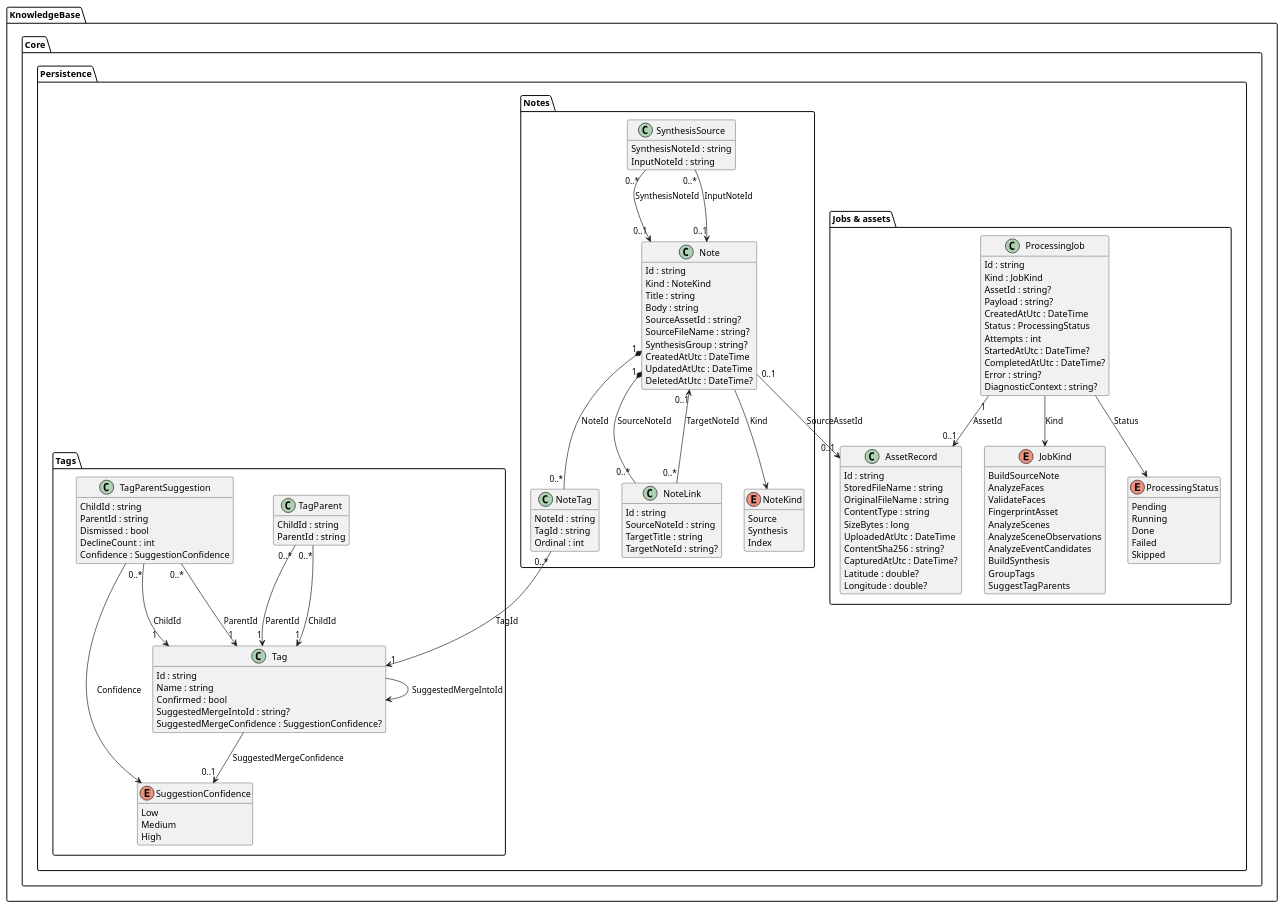
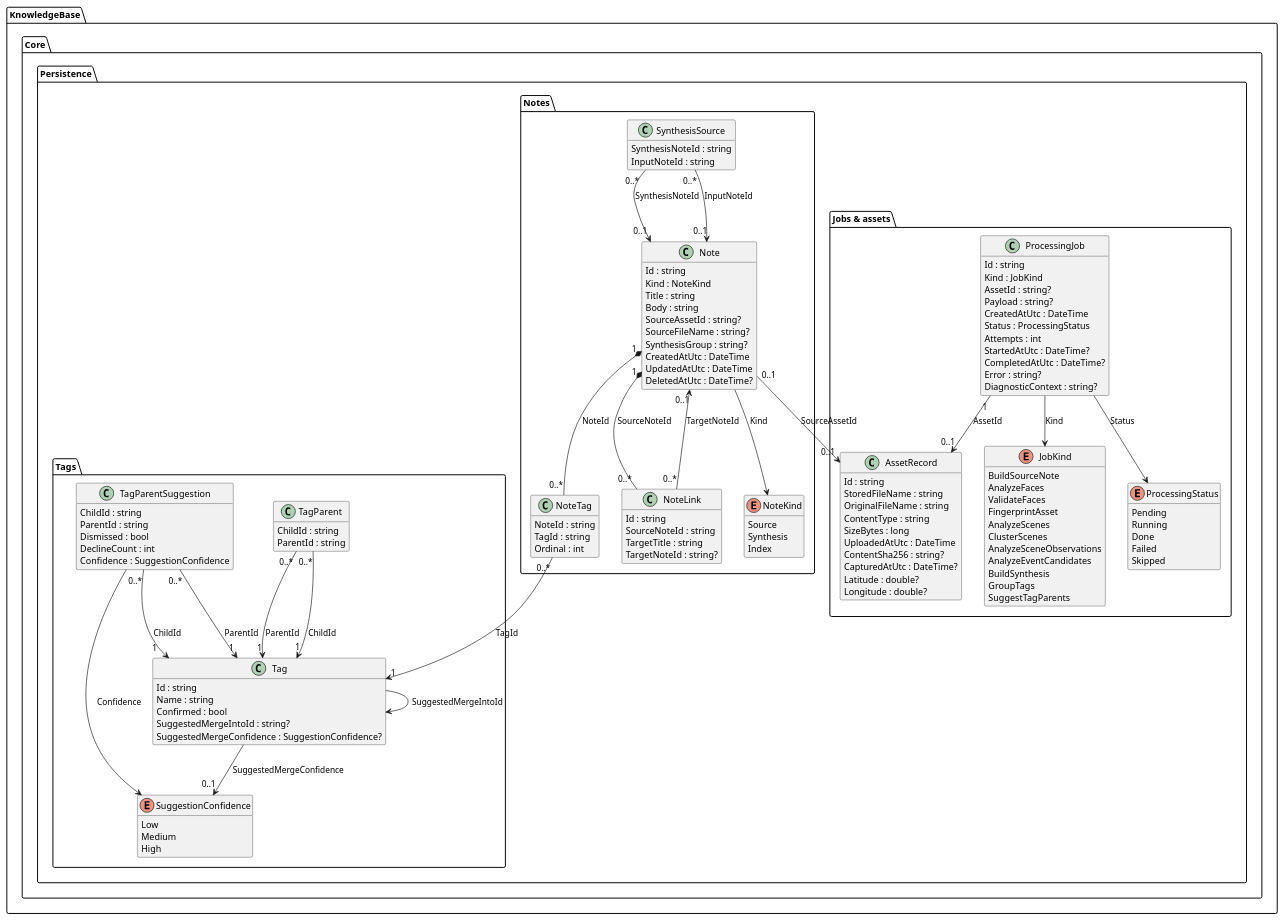
The diagram in schema.puml (KoroVaik/KnowledgeBase), drawn with PlantUML before and after one commit. The commit also changed 28 other files, not shown here.

```diff
--- a/schema.puml
+++ b/schema.puml
@@ -1,166 +1,167 @@
 @startuml schema
 ' Generation-related entities and their direct links.
 ' Scope: the AI generation pipeline (docs/ai-pipeline.md) - upload -> ProcessingJob ->
 ' Note -> NoteLink/NoteTag -> Tag (+ hierarchy and merge suggestions).
 ' Photo-archive analysis entities (docs/photo-archive.md) are deliberately out of scope.
 ' Kept in sync with the code by the `sync-schema` skill (.agents/skills/sync-schema).
 ' All entities live in one namespace; the inner groups are domain areas, not folders.
 hide empty members
 skinparam classAttributeIconSize 0
 
 package "KnowledgeBase.Core.Persistence" {
 
   package "Jobs & assets" {
     class AssetRecord {
       Id : string
       StoredFileName : string
       OriginalFileName : string
       ContentType : string
       SizeBytes : long
       UploadedAtUtc : DateTime
       ContentSha256 : string?
       CapturedAtUtc : DateTime?
       Latitude : double?
       Longitude : double?
     }
 
     class ProcessingJob {
       Id : string
       Kind : JobKind
       AssetId : string?
       Payload : string?
       CreatedAtUtc : DateTime
       Status : ProcessingStatus
       Attempts : int
       StartedAtUtc : DateTime?
       CompletedAtUtc : DateTime?
       Error : string?
       DiagnosticContext : string?
     }
 
     enum JobKind {
       BuildSourceNote
       AnalyzeFaces
       ValidateFaces
       FingerprintAsset
       AnalyzeScenes
+      ClusterScenes
       AnalyzeSceneObservations
       AnalyzeEventCandidates
       BuildSynthesis
       GroupTags
       SuggestTagParents
     }
 
     enum ProcessingStatus {
       Pending
       Running
       Done
       Failed
       Skipped
     }
   }
 
   package "Notes" {
     class Note {
       Id : string
       Kind : NoteKind
       Title : string
       Body : string
       SourceAssetId : string?
       SourceFileName : string?
       SynthesisGroup : string?
       CreatedAtUtc : DateTime
       UpdatedAtUtc : DateTime
       DeletedAtUtc : DateTime?
     }
 
     class NoteLink {
       Id : string
       SourceNoteId : string
       TargetTitle : string
       TargetNoteId : string?
     }
 
     class NoteTag {
       NoteId : string
       TagId : string
       Ordinal : int
     }
 
     class SynthesisSource {
       SynthesisNoteId : string
       InputNoteId : string
     }
 
     enum NoteKind {
       Source
       Synthesis
       Index
     }
   }
 
   package "Tags" {
     class Tag {
       Id : string
       Name : string
       Confirmed : bool
       SuggestedMergeIntoId : string?
       SuggestedMergeConfidence : SuggestionConfidence?
     }
 
     class TagParent {
       ChildId : string
       ParentId : string
     }
 
     class TagParentSuggestion {
       ChildId : string
       ParentId : string
       Dismissed : bool
       DeclineCount : int
       Confidence : SuggestionConfidence
     }
 
     enum SuggestionConfidence {
       Low
       Medium
       High
     }
   }
 }
 
 ' --- queue: a job points at the file it processes (null for aggregation jobs)
 ProcessingJob "1" --> "0..1" AssetRecord : AssetId
 ProcessingJob --> JobKind : Kind
 ProcessingJob --> ProcessingStatus : Status
 
 ' --- note: one note per source file (null for Synthesis/Index notes)
 Note "0..1" --> "0..1" AssetRecord : SourceAssetId
 Note --> NoteKind : Kind
 
 ' --- links: owned by the source note; target resolved later by title
 Note "1" *-- "0..*" NoteLink : SourceNoteId
 NoteLink "0..*" --> "0..1" Note : TargetNoteId
 
 ' --- tags: owned by the note; Ordinal 0 is the primary tag
 Note "1" *-- "0..*" NoteTag : NoteId
 NoteTag "0..*" --> "1" Tag : TagId
 
 ' --- synthesis provenance: which notes were merged into which synthesis note
 SynthesisSource "0..*" --> "0..1" Note : SynthesisNoteId
 SynthesisSource "0..*" --> "0..1" Note : InputNoteId
 
 ' --- tag hierarchy: a DAG, not a tree - a tag may have several parents
 TagParent "0..*" --> "1" Tag : ChildId
 TagParent "0..*" --> "1" Tag : ParentId
 
 ' --- merge suggestion: the model's closest-match offer, self-referencing
 Tag --> Tag : SuggestedMergeIntoId
 Tag --> "0..1" SuggestionConfidence : SuggestedMergeConfidence
 
 ' --- parent suggestion: an AI-proposed TagParent, not yet a real link
 TagParentSuggestion "0..*" --> "1" Tag : ChildId
 TagParentSuggestion "0..*" --> "1" Tag : ParentId
 TagParentSuggestion --> SuggestionConfidence : Confidence
 
 @enduml
```
